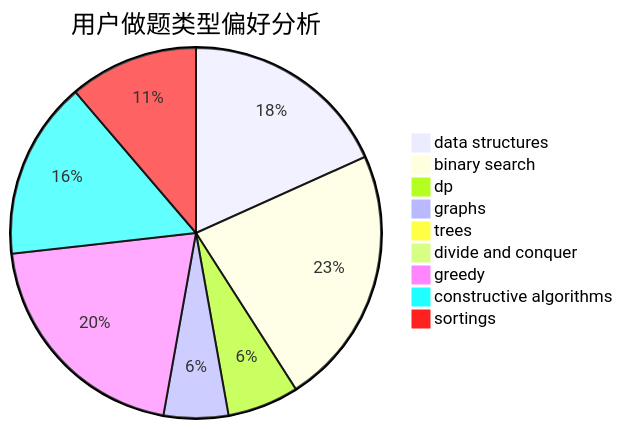
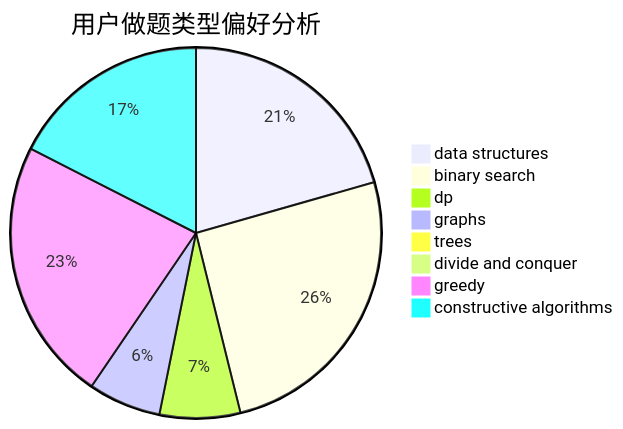
One commit to sherpahu/cfrs.github.io changed the second of 3 diagrams in docs/user/u578.md. Above: the diagram before and after it, drawn with Mermaid. The commit also changed other lines of this file and 2769 other files, not shown here.

````diff
--- a/docs/user/u578.md
+++ b/docs/user/u578.md
@@ -18,12 +18,11 @@
 ```mermaid
 pie title 用户做题类型偏好分析
     "data structures" :  120
     "binary search" :  149
     "dp" :  41
     "graphs" :  37
     "trees" :  0
     "divide and conquer" :  0
     "greedy" :  134
     "constructive algorithms" :  102
-    "sortings" :  74
 ```
````
